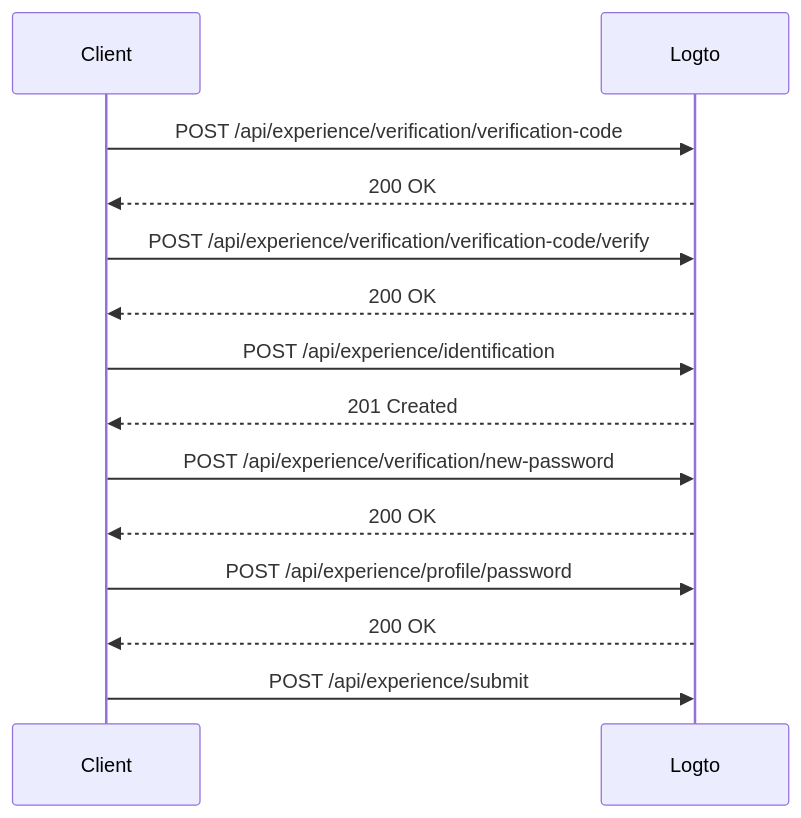
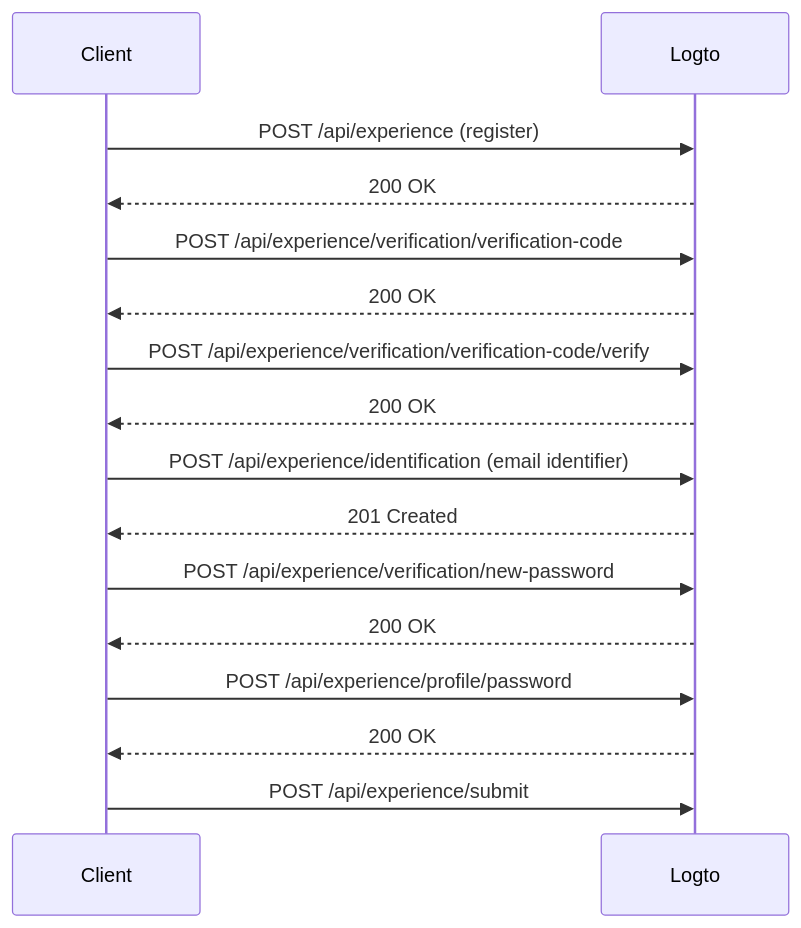
Diagram 13 of 17 in draft/0004-experience-api.md (logto-io/rfcs), drawn with Mermaid before and after one commit. The commit also changed other lines of this file, not shown here.

First line of the commit message:
refactor: update the experience API.

````diff
--- a/draft/0004-experience-api.md
+++ b/draft/0004-experience-api.md
@@ -831,17 +899,19 @@
 ```mermaid
 sequenceDiagram
     participant C as Client
     participant L as Logto
 
+    C->>L: POST /api/experience (register)
+    L-->>C: 200 OK
     C->>L: POST /api/experience/verification/verification-code
     L-->>C: 200 OK
     C->>L: POST /api/experience/verification/verification-code/verify
     L-->>C: 200 OK
-    C->>L: POST /api/experience/identification
+    C->>L: POST /api/experience/identification (email identifier)
     L-->>C: 201 Created
     C->>L: POST /api/experience/verification/new-password
     L-->>C: 200 OK
     C->>L: POST /api/experience/profile/password
     L-->>C: 200 OK
     C->>L: POST /api/experience/submit
 ```
````
